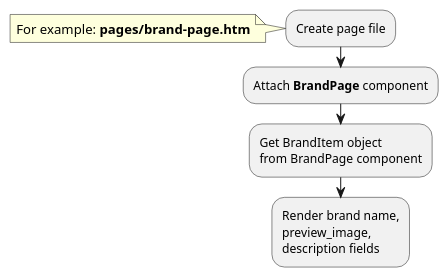
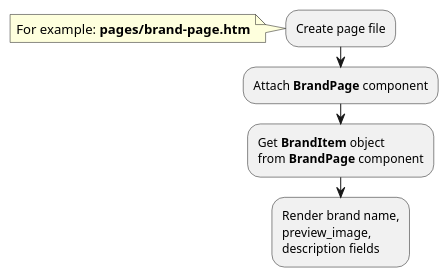
The first of 4 diagrams in modules/brand/examples.md (oc-shopaholic/oc-shopaholic-docs), drawn with PlantUML before and after one commit. The commit also changed other lines of this file and 25 other files, not shown here.

````diff
--- a/modules/brand/examples.md
+++ b/modules/brand/examples.md
@@ -22,14 +22,14 @@
 ```plantuml
 @startuml
 :Create page file;
 note left
     For example: **pages/brand-page.htm**
 end note
 :Attach **BrandPage** component;
-:Get BrandItem object
-from BrandPage component;
+:Get **BrandItem** object
+from **BrandPage** component;
 :Render brand name,
 preview_image,
 description fields;
 @enduml
 ```
````
